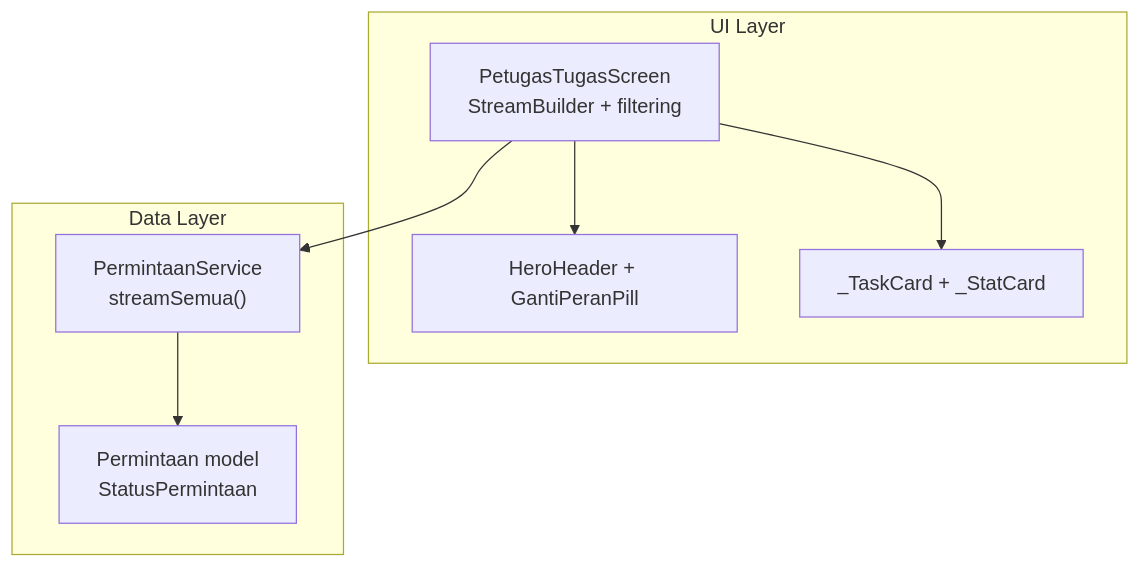
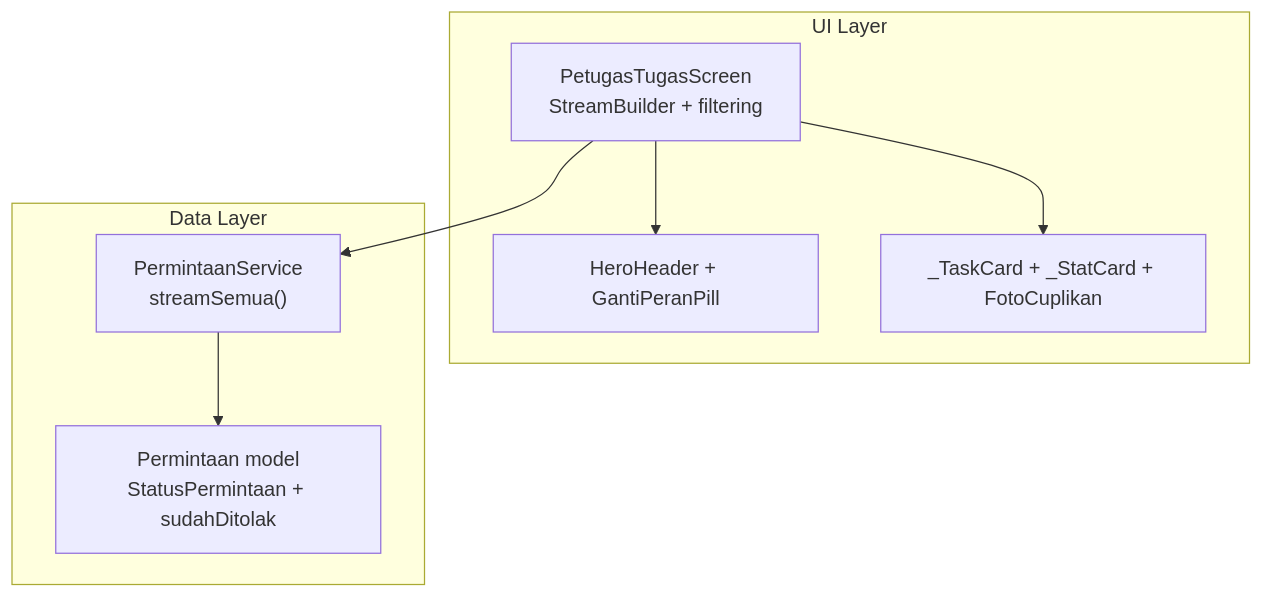
The first of 10 diagrams in .qoder/repowiki/en/content/Mobile Application/Staff Workflow/Task List Screen.md (rdsarjito/whoosh-ramah), drawn with Mermaid before and after one commit. The commit also changed other lines of this file and 18 other files, not shown here.

````diff
--- a/.qoder/repowiki/en/content/Mobile Application/Staff Workflow/Task List Screen.md
+++ b/.qoder/repowiki/en/content/Mobile Application/Staff Workflow/Task List Screen.md
@@ -33,16 +44,16 @@
 ```mermaid
 graph TB
 subgraph "UI Layer"
 TugasScreen["PetugasTugasScreen<br/>StreamBuilder + filtering"]
 Hero["HeroHeader + GantiPeranPill"]
-Cards["_TaskCard + _StatCard"]
+Cards["_TaskCard + _StatCard + FotoCuplikan"]
 end
 subgraph "Data Layer"
 Service["PermintaanService<br/>streamSemua()"]
-Model["Permintaan model<br/>StatusPermintaan"]
+Model["Permintaan model<br/>StatusPermintaan + sudahDitolak"]
 end
 TugasScreen --> Service
 TugasScreen --> Hero
 TugasScreen --> Cards
 Service --> Model
 ```
````
